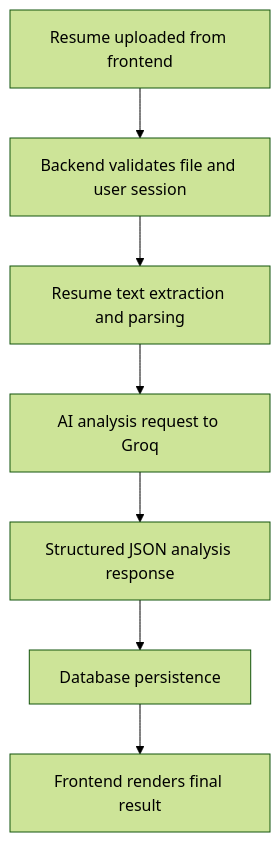
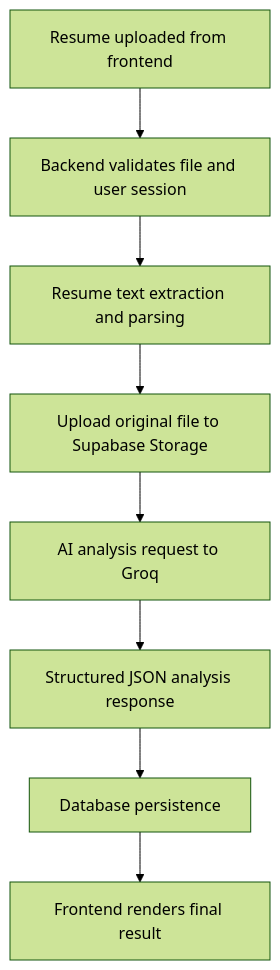
The third of 3 diagrams in README.md (Chaitanya7777777/ai-interview-platform), drawn with Mermaid (forest theme) before and after one commit. The commit also changed other lines of this file, not shown here.

Commit message:
Update README for storage flow

````diff
--- a/README.md
+++ b/README.md
@@ -153,9 +159,10 @@
 ```mermaid
 flowchart TD
     A[Resume uploaded from frontend] --> B[Backend validates file and user session]
     B --> C[Resume text extraction and parsing]
-    C --> D[AI analysis request to Groq]
-    D --> E[Structured JSON analysis response]
-    E --> F[Database persistence]
-    F --> G[Frontend renders final result]
+    C --> D[Upload original file to Supabase Storage]
+    D --> E[AI analysis request to Groq]
+    E --> F[Structured JSON analysis response]
+    F --> G[Database persistence]
+    G --> H[Frontend renders final result]
 ```
````
